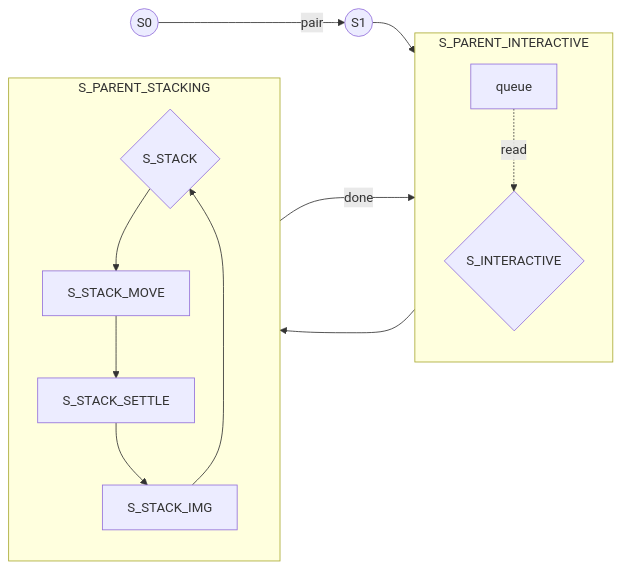
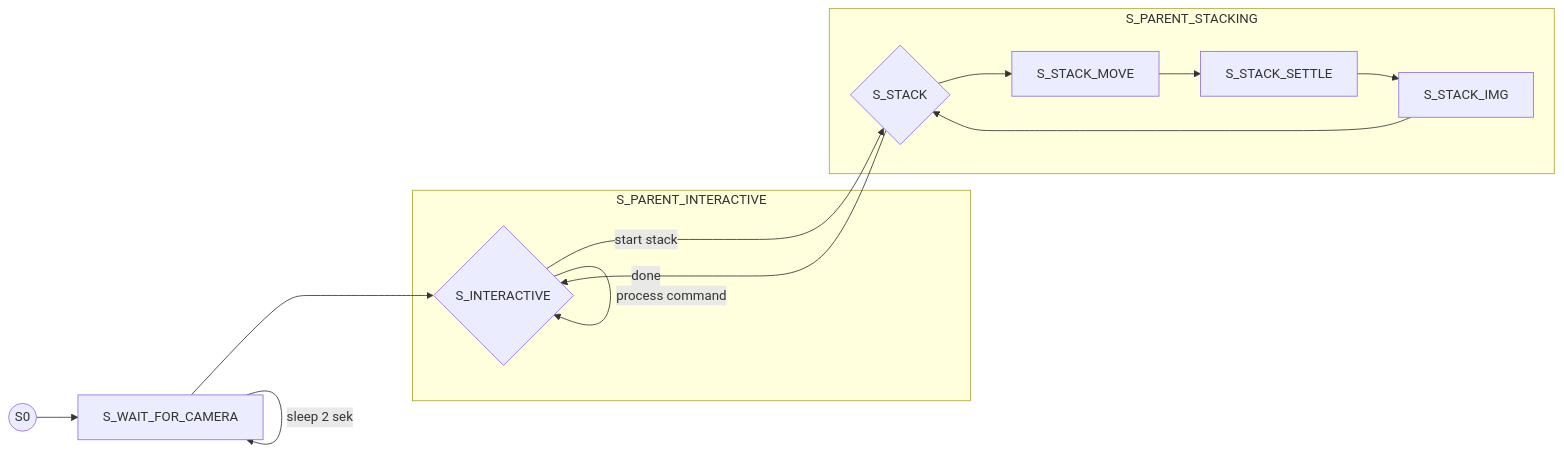
Before and after one commit to maxhbr/zephyr-rail: the diagram in app/mermaid.StateMachine.mmd, drawn with Mermaid. The commit also changed 7 other files, not shown here.

```diff
--- a/app/mermaid.StateMachine.mmd
+++ b/app/mermaid.StateMachine.mmd
@@ -1,23 +1,26 @@
 flowchart LR;
     S0((S0));
-    S1((S1));
-    S0 -->|pair| S1;
+
+    S_WAIT_FOR_CAMERA;
 
     subgraph S_PARENT_INTERACTIVE
-      direction TB 
       S_INTERACTIVE{S_INTERACTIVE}
-      queue-. read .->S_INTERACTIVE
     end
-    S1 --> S_INTERACTIVE;
     
+    subgraph S_PARENT_STACKING;
+      S_STACK{S_STACK}
+      S_STACK_MOVE;
+      S_STACK_SETTLE;
+      S_STACK_IMG;
+    end
 
-    subgraph S_PARENT_STACKING;
-      direction TB
-      S_STACK{S_STACK}
-      S_STACK_MOVE --> S_STACK_SETTLE;
-      S_STACK_SETTLE --> S_STACK_IMG;
-      S_STACK_IMG --> S_STACK;
-      S_STACK --> S_STACK_MOVE;
-    end
+    S0 --> S_WAIT_FOR_CAMERA;
+    S_WAIT_FOR_CAMERA -->|sleep 2 sek| S_WAIT_FOR_CAMERA;
+    S_WAIT_FOR_CAMERA ---> S_INTERACTIVE;
+    S_INTERACTIVE -->|process command| S_INTERACTIVE;
+    S_INTERACTIVE -->|start stack| S_STACK;
     S_STACK --->|done| S_INTERACTIVE;
-    S_INTERACTIVE ---> S_STACK;
+    S_STACK_MOVE --> S_STACK_SETTLE;
+    S_STACK_SETTLE --> S_STACK_IMG;
+    S_STACK_IMG --> S_STACK;
+    S_STACK --> S_STACK_MOVE;
```
